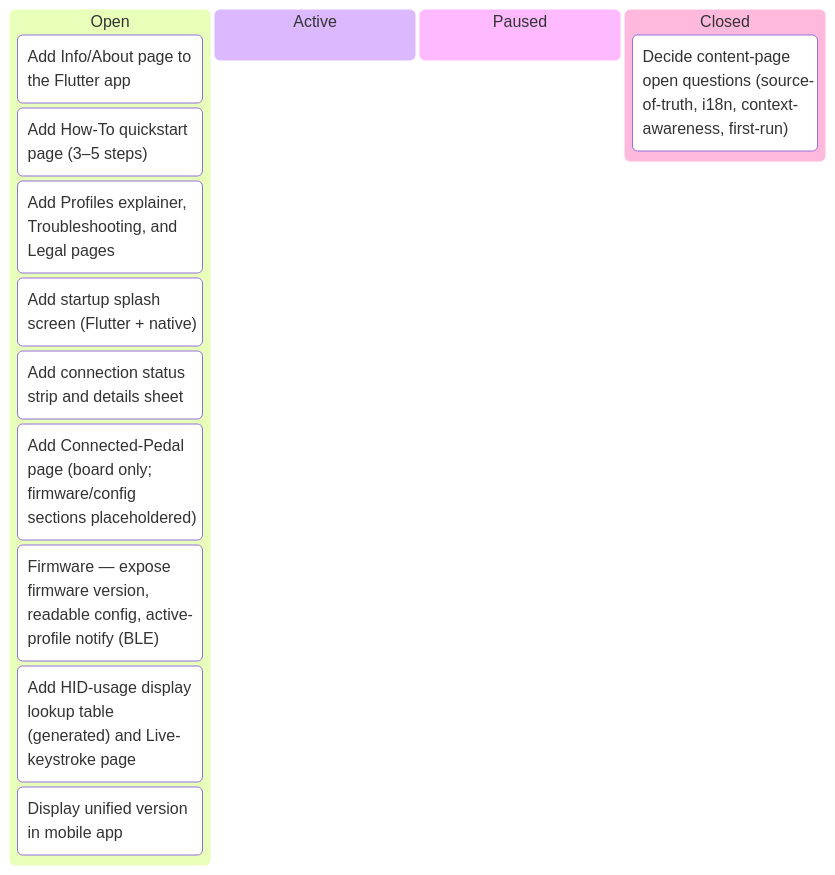
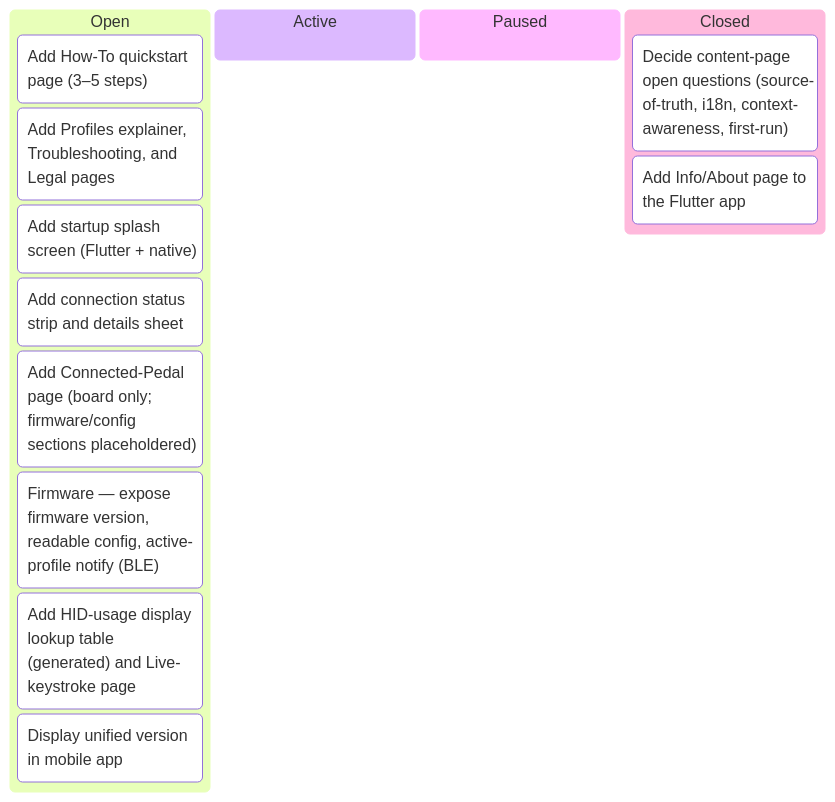
Before and after one commit to tgd1975/AwesomeStudioPedal: the first of 7 diagrams in docs/developers/tasks/KANBAN.md, drawn with Mermaid. The commit also changed other lines of this file and 13 other files, not shown here.

First line of the commit message:
close TASK-331: Add Info/About page to the Flutter app

````diff
--- a/docs/developers/tasks/KANBAN.md
+++ b/docs/developers/tasks/KANBAN.md
@@ -11,17 +11,17 @@
 ```mermaid
 kanban
   Open
-    TASK_331["Add Info/About page to the Flutter app"]
     TASK_332["Add How-To quickstart page (3–5 steps)"]
     TASK_333["Add Profiles explainer, Troubleshooting, and Legal pages"]
     TASK_334["Add startup splash screen (Flutter + native)"]
     TASK_335["Add connection status strip and details sheet"]
     TASK_336["Add Connected-Pedal page (board only; firmware/config sections placeholdered)"]
     TASK_337["Firmware — expose firmware version, readable config, active-profile notify (BLE)"]
     TASK_338["Add HID-usage display lookup table (generated) and Live-keystroke page"]
     TASK_349["Display unified version in mobile app"]
   Active
   Paused
   Closed
     TASK_330["Decide content-page open questions (source-of-truth, i18n, context-awareness, first-run)"]
+    TASK_331["Add Info/About page to the Flutter app"]
 ```
````
